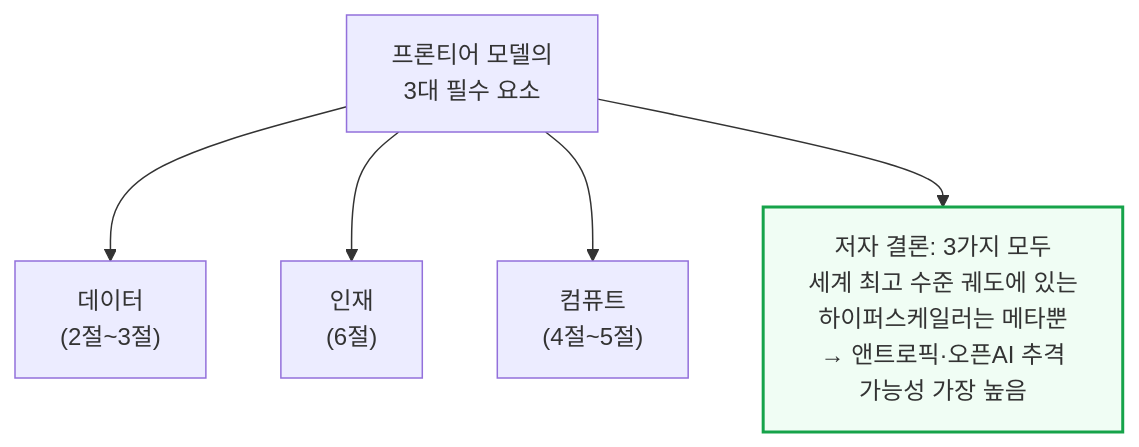
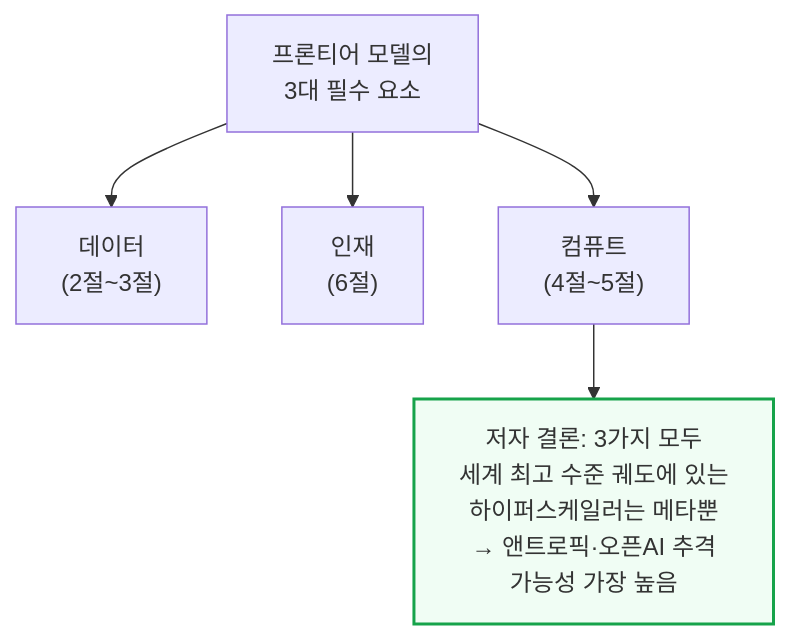
The fourth of 37 diagrams in source/newsletter/ai_infra/[260205] 메타 슈퍼인텔리전스의 미래 - 출범 1주년 성과 점검.md (yohan4477/semi-report), drawn with Mermaid before and after one commit. The commit also changed other lines of this file, not shown here.

Commit message:
Fix diagram width violations and a typo in Meta Superintelligence doc

````diff
--- a/source/newsletter/ai_infra/[260205] 메타 슈퍼인텔리전스의 미래 - 출범 1주년 성과 점검.md
+++ b/source/newsletter/ai_infra/[260205] 메타 슈퍼인텔리전스의 미래 - 출범 1주년 성과 점검.md
@@ -93,8 +93,8 @@
 ```mermaid
 flowchart TD
     Pillars2["프론티어 모델의<br/>3대 필수 요소"] --> P1["데이터<br/>(2절~3절)"]
     Pillars2 --> P2["인재<br/>(6절)"]
     Pillars2 --> P3["컴퓨트<br/>(4절~5절)"]
-    Pillars2 --> Verdict["저자 결론: 3가지 모두<br/>세계 최고 수준 궤도에 있는<br/>하이퍼스케일러는 메타뿐<br/>→ 앤트로픽·오픈AI 추격<br/>가능성 가장 높음"]
+    P3 --> Verdict["저자 결론: 3가지 모두<br/>세계 최고 수준 궤도에 있는<br/>하이퍼스케일러는 메타뿐<br/>→ 앤트로픽·오픈AI 추격<br/>가능성 가장 높음"]
     style Verdict fill:#f0fdf4,stroke:#16a34a,stroke-width:2px
 ```
````
